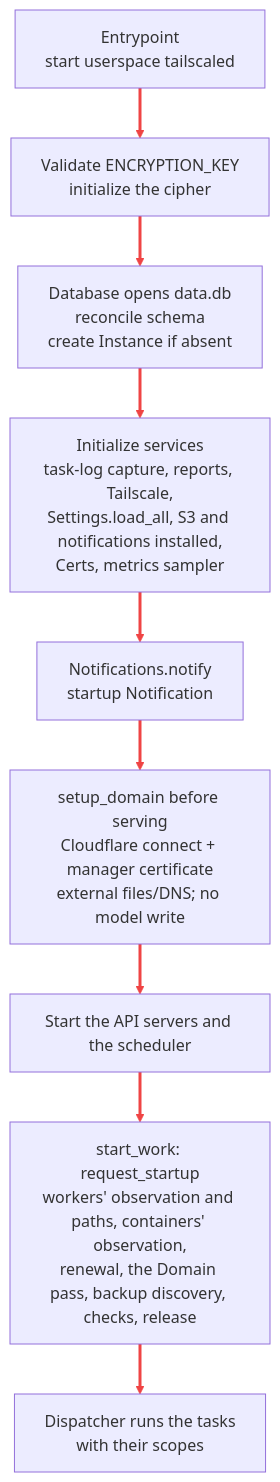
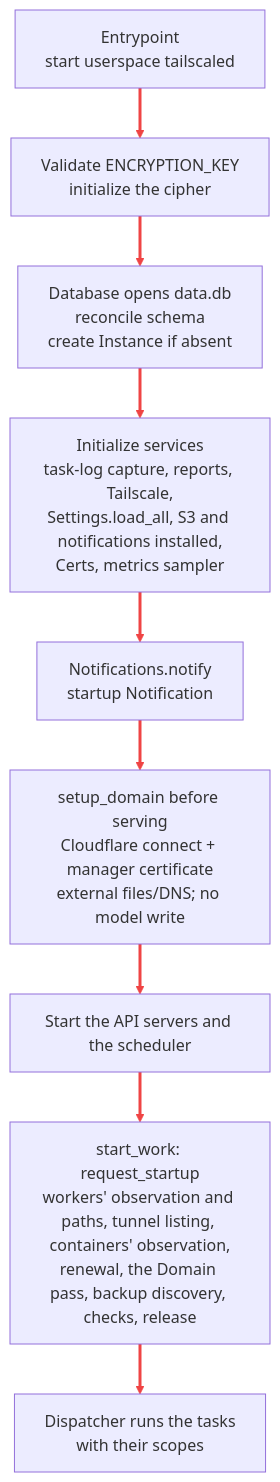
One commit to v31-dev/sage changed the fourth of 4 diagrams in docs/operations.md. Above: the diagram before and after it, drawn with Mermaid. The commit also changed other lines of this file and 25 other files, not shown here.

````diff
--- a/docs/operations.md
+++ b/docs/operations.md
@@ -349,16 +351,16 @@
 ```mermaid
 %%{init: {"themeVariables": {"lineColor": "#ef4444"}, "themeCSS": ".marker { overflow: visible; } .arrowMarkerPath { stroke-width: 2px !important; } .edge-pattern-dotted { stroke-dasharray: 8 6 !important; }"}}%%
 flowchart TB
     entry["Entrypoint<br/>start userspace tailscaled"]
     key["Validate ENCRYPTION_KEY<br/>initialize the cipher"]
     database["Database opens data.db<br/>reconcile schema<br/>create Instance if absent"]
     services["Initialize services<br/>task-log capture, reports, Tailscale,<br/>Settings.load_all, S3 and notifications installed,<br/>Certs, metrics sampler"]
     notice["Notifications.notify<br/>startup Notification"]
     bootstrap["setup_domain before serving<br/>Cloudflare connect + manager certificate<br/>external files/DNS; no model write"]
     serve["Start the API servers and the scheduler"]
-    enqueue["start_work: request_startup<br/>workers' observation and paths, containers' observation,<br/>renewal, the Domain pass, backup discovery, checks, release"]
+    enqueue["start_work: request_startup<br/>workers' observation and paths, tunnel listing, containers' observation,<br/>renewal, the Domain pass, backup discovery, checks, release"]
     run["Dispatcher runs the tasks<br/>with their scopes"]
 
     entry --> key --> database --> services --> notice --> bootstrap --> serve --> enqueue --> run
     linkStyle default stroke:#ef4444,stroke-width:3px
 ```
````
